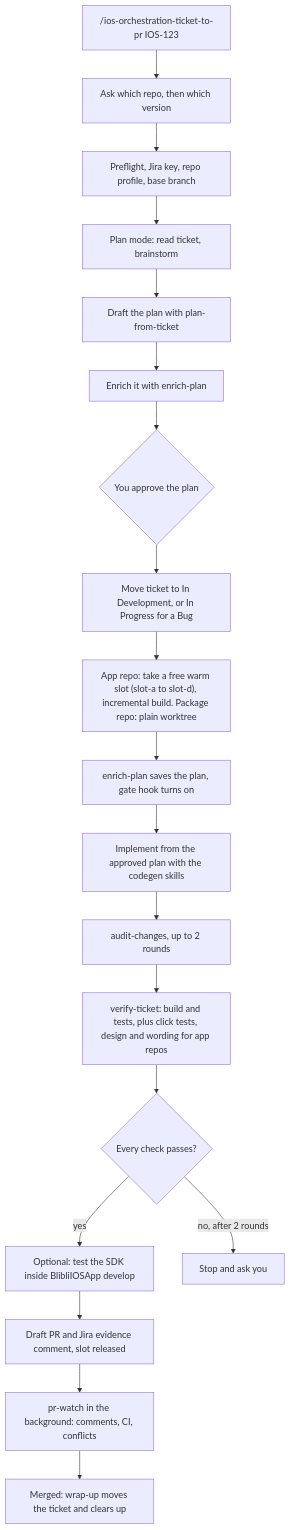
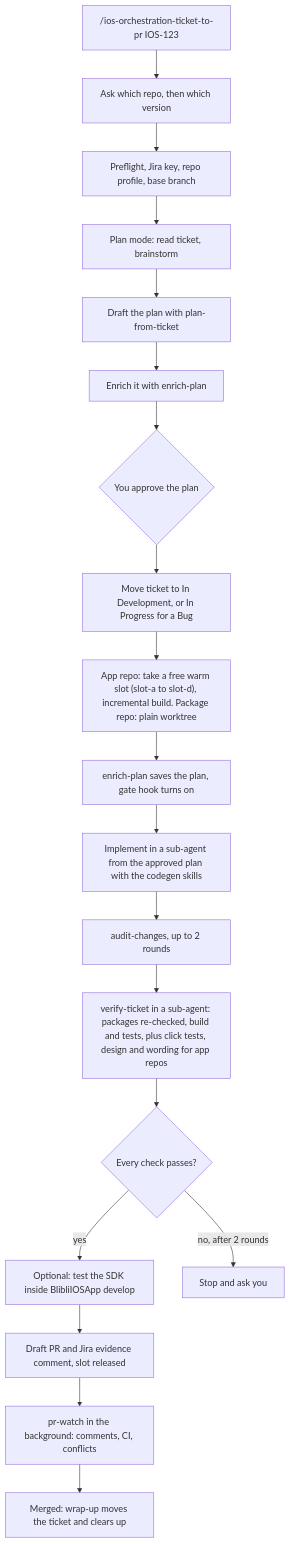
One commit to gdncomm-aditya-h/adit-mobile-orchestration changed the first of 2 diagrams in README.md. Above: the diagram before and after it, drawn with Mermaid. The commit also changed other lines of this file and 16 other files, not shown here.

First line of the commit message:
Swift packages without a manual step, sub-agents for implement and verify, setup skill; docs and diagrams follow agent-plugins#595

````diff
--- a/README.md
+++ b/README.md
@@ -73,21 +74,21 @@
 ```mermaid
 flowchart TD
     A["/ios-orchestration-ticket-to-pr IOS-123"] --> Q["Ask which repo, then which version"]
     Q --> P["Preflight, Jira key, repo profile, base branch"]
     P --> B["Plan mode: read ticket, brainstorm"]
     B --> B2["Draft the plan with plan-from-ticket"]
     B2 --> B3["Enrich it with enrich-plan"]
     B3 --> C{"You approve the plan"}
     C --> D["Move ticket to In Development, or In Progress for a Bug"]
     D --> E["App repo: take a free warm slot (slot-a to slot-d), incremental build. Package repo: plain worktree"]
     E --> F["enrich-plan saves the plan, gate hook turns on"]
-    F --> G["Implement from the approved plan with the codegen skills"]
+    F --> G["Implement in a sub-agent from the approved plan with the codegen skills"]
     G --> H["audit-changes, up to 2 rounds"]
-    H --> I["verify-ticket: build and tests, plus click tests, design and wording for app repos"]
+    H --> I["verify-ticket in a sub-agent: packages re-checked, build and tests, plus click tests, design and wording for app repos"]
     I --> J{"Every check passes?"}
     J -- yes --> K["Optional: test the SDK inside BlibliIOSApp develop"]
     K --> L["Draft PR and Jira evidence comment, slot released"]
     L --> W["pr-watch in the background: comments, CI, conflicts"]
     W --> X["Merged: wrap-up moves the ticket and clears up"]
     J -- "no, after 2 rounds" --> M["Stop and ask you"]
 ```
````
